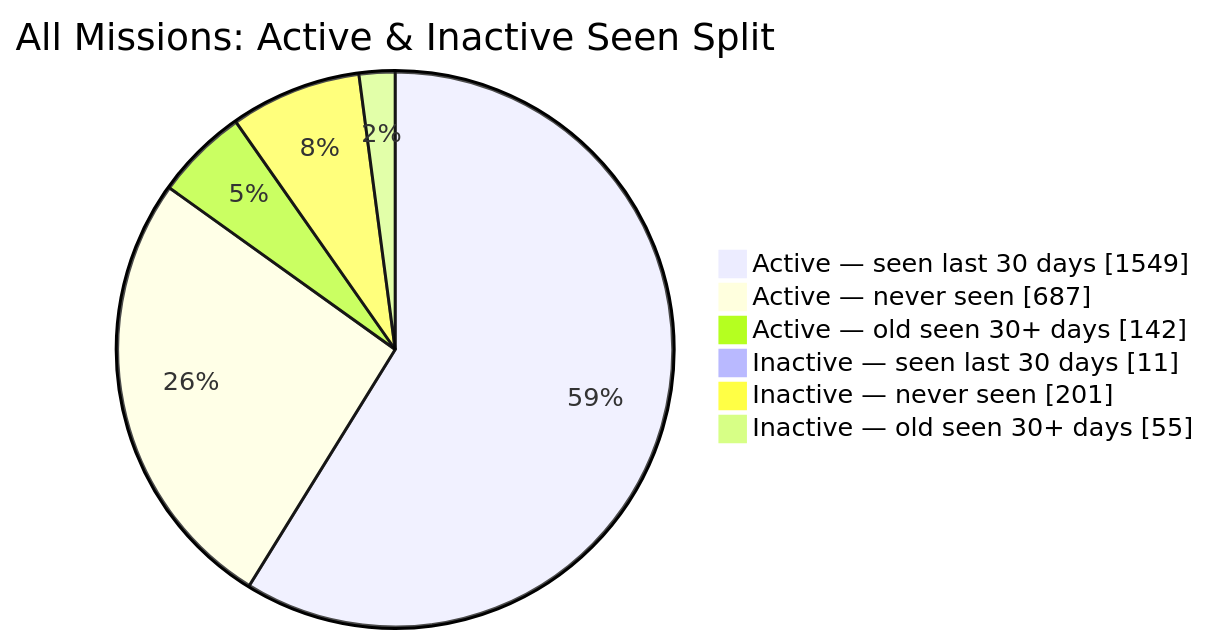
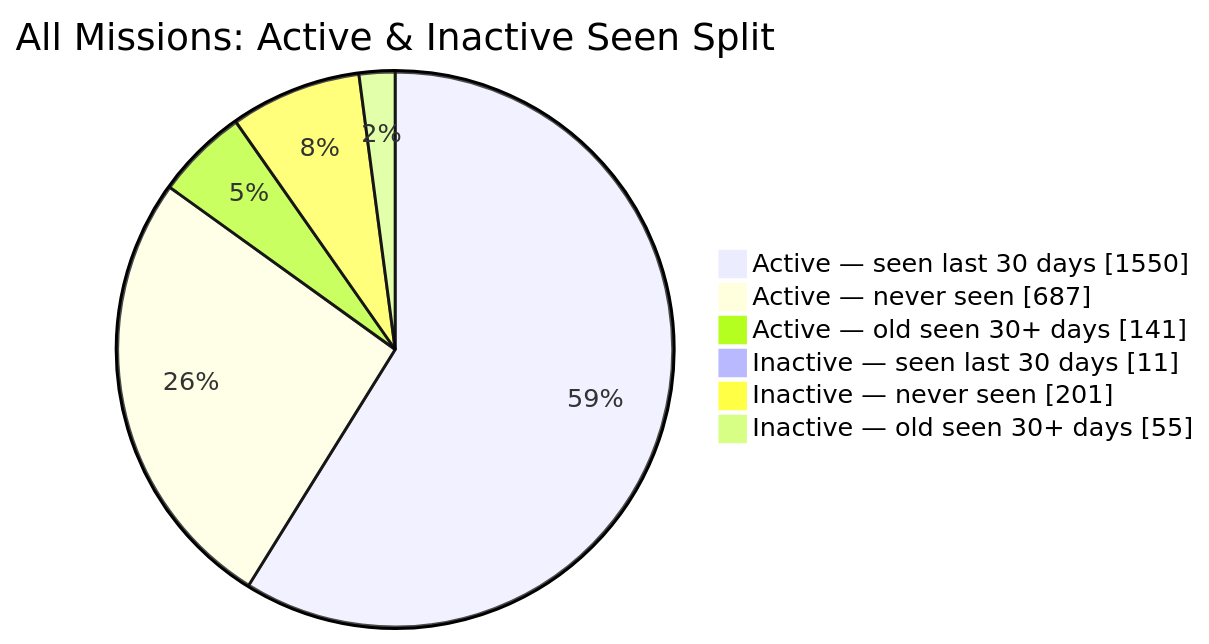
One commit to MeldkamerspelGameTeam/active-missions changed the second of 2 diagrams in README.md. Above: the diagram before and after it, drawn with Mermaid. The commit also changed other lines of this file and 2 other files, not shown here.

````diff
--- a/README.md
+++ b/README.md
@@ -44,10 +44,10 @@
 ```mermaid
 pie showData
     title All Missions: Active & Inactive Seen Split
-    "Active — seen last 30 days" : 1549
+    "Active — seen last 30 days" : 1550
     "Active — never seen" : 687
-    "Active — old seen 30+ days" : 142
+    "Active — old seen 30+ days" : 141
     "Inactive — seen last 30 days" : 11
     "Inactive — never seen" : 201
     "Inactive — old seen 30+ days" : 55
 ```
````
